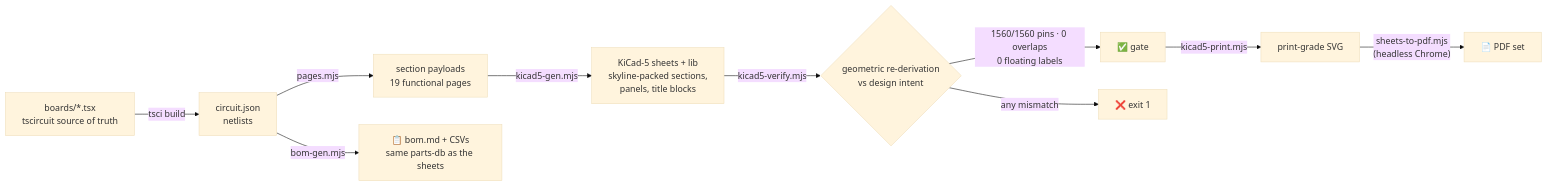
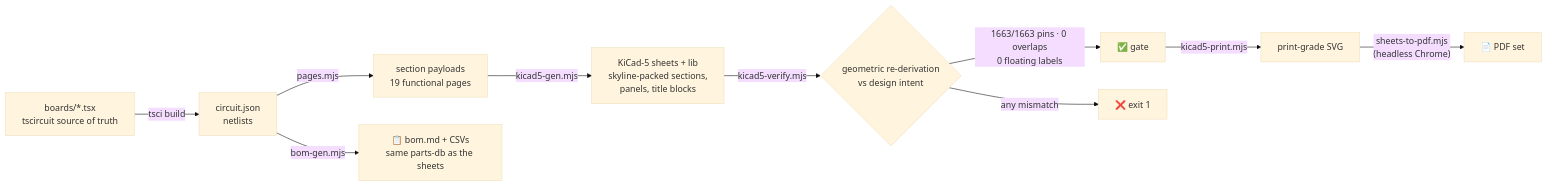
The eighth of 9 diagrams in README.md (vectivolt/Traction-Inverter-GEN-1), drawn with Mermaid (base theme) before and after one commit. The commit also changed other lines of this file and 29 other files, not shown here.

````diff
--- a/README.md
+++ b/README.md
@@ -432,12 +432,12 @@
 ```mermaid
 flowchart LR
   TSX["boards/*.tsx<br/>tscircuit source of truth"] -->|tsci build| CJ["circuit.json<br/>netlists"]
   CJ -->|pages.mjs| PG["section payloads<br/>19 functional pages"]
   PG -->|kicad5-gen.mjs| SCH["KiCad-5 sheets + lib<br/>skyline-packed sections,<br/>panels, title blocks"]
   SCH -->|kicad5-verify.mjs| V{"geometric re-derivation<br/>vs design intent"}
-  V -->|"1560/1560 pins · 0 overlaps<br/>0 floating labels"| OK["✅ gate"]
+  V -->|"1663/1663 pins · 0 overlaps<br/>0 floating labels"| OK["✅ gate"]
   V -->|any mismatch| FAIL["❌ exit 1"]
   OK -->|kicad5-print.mjs| SVG["print-grade SVG"]
   SVG -->|"sheets-to-pdf.mjs<br/>(headless Chrome)"| PDF["📄 PDF set"]
   CJ -->|bom-gen.mjs| BOM["📋 bom.md + CSVs<br/>same parts-db as the sheets"]
 ```
````
